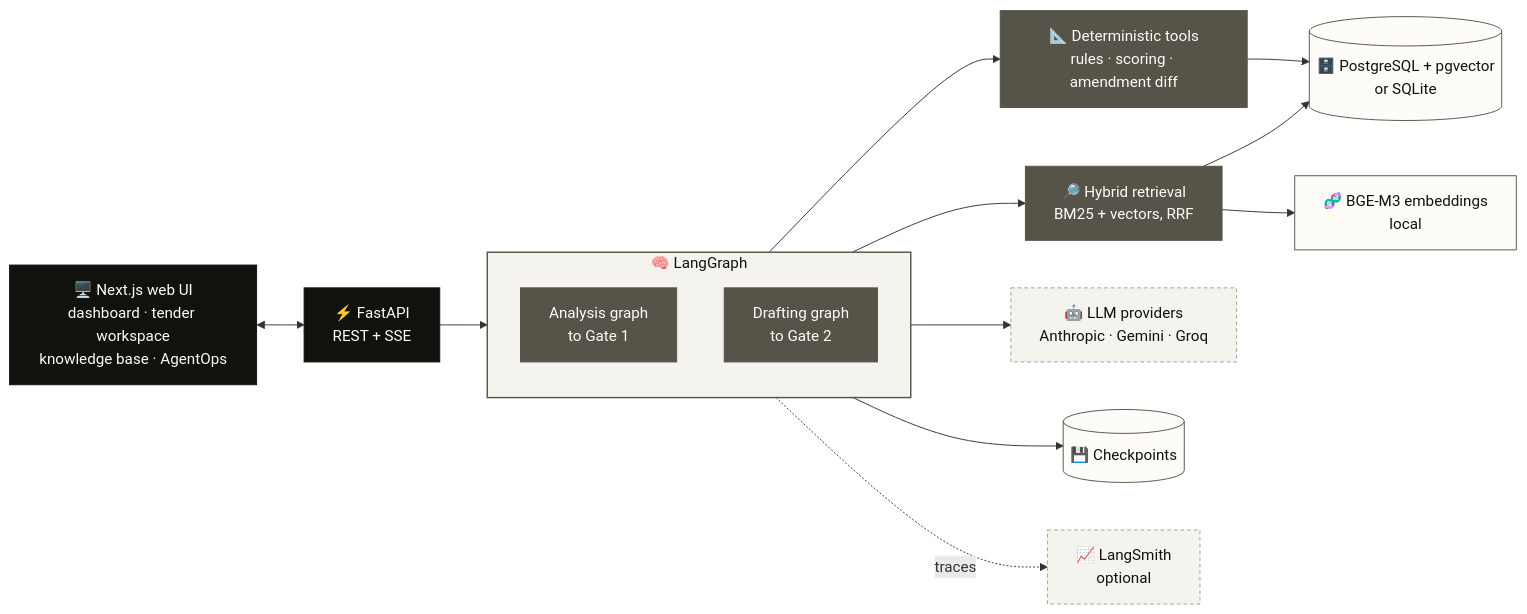
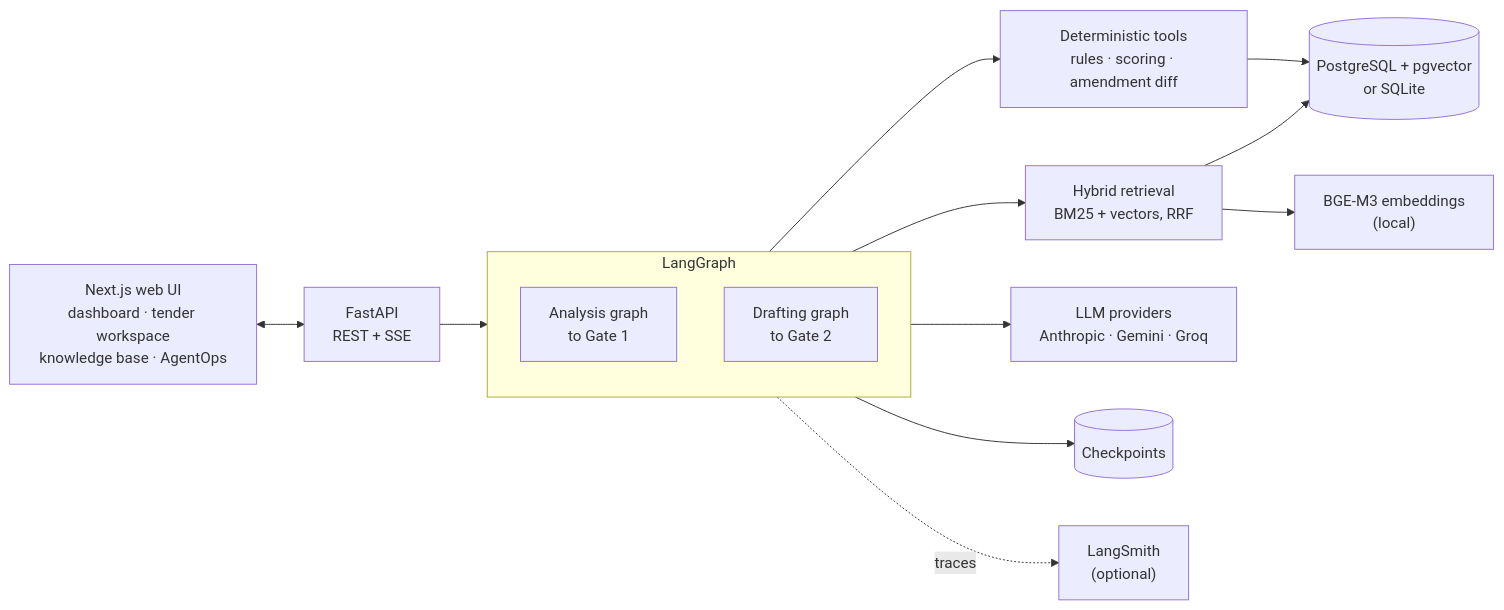
One commit to harshbhushan21/TenderBridge changed the diagram in README.md. Above: the diagram before and after it, drawn with Mermaid. The commit also changed other lines of this file and 1 other file, not shown here.

First line of the commit message:
README: plain layout, original content and diagram

````diff
--- a/README.md
+++ b/README.md
@@ -159,37 +94,27 @@
 ```mermaid
 flowchart LR
-    UI["🖥️ Next.js web UI<br/>dashboard · tender workspace<br/>knowledge base · AgentOps"]
-    API["⚡ FastAPI<br/>REST + SSE"]
-    subgraph Agents["🧠 LangGraph"]
+    UI["Next.js web UI<br/>dashboard · tender workspace<br/>knowledge base · AgentOps"]
+    API["FastAPI<br/>REST + SSE"]
+    subgraph Agents["LangGraph"]
         AG["Analysis graph<br/>to Gate 1"]
         DG["Drafting graph<br/>to Gate 2"]
     end
-    TOOLS["📐 Deterministic tools<br/>rules · scoring · amendment diff"]
-    RAG["🔎 Hybrid retrieval<br/>BM25 + vectors, RRF"]
-    LLM["🤖 LLM providers<br/>Anthropic · Gemini · Groq"]
-    DB[("🗄️ PostgreSQL + pgvector<br/>or SQLite")]
-    CK[("💾 Checkpoints")]
-    EMB["🧬 BGE-M3 embeddings<br/>local"]
-    LS["📈 LangSmith<br/>optional"]
+    TOOLS["Deterministic tools<br/>rules · scoring · amendment diff"]
+    RAG["Hybrid retrieval<br/>BM25 + vectors, RRF"]
+    LLM["LLM providers<br/>Anthropic · Gemini · Groq"]
+    DB[("PostgreSQL + pgvector<br/>or SQLite")]
+    CK[("Checkpoints")]
+    EMB["BGE-M3 embeddings<br/>(local)"]
+    LS["LangSmith<br/>(optional)"]
 
     UI <--> API
     API --> Agents
     Agents --> TOOLS
     Agents --> RAG
     Agents --> LLM
     RAG --> EMB
     RAG --> DB
     TOOLS --> DB
     Agents --> CK
     Agents -. traces .-> LS
-
-    classDef ink fill:#11120D,stroke:#11120D,color:#FDFCF8
-    classDef olive fill:#565449,stroke:#565449,color:#FDFCF8
-    classDef paper fill:#FDFCF8,stroke:#565449,color:#11120D
-    classDef ext fill:#F4F3EE,stroke:#A2A097,color:#11120D,stroke-dasharray:4 3
-    class UI,API ink
-    class AG,DG,TOOLS,RAG olive
-    class DB,CK,EMB paper
-    class LLM,LS ext
-    style Agents fill:#F4F3EE,stroke:#565449,stroke-width:1.5px,color:#11120D
 ```
````
